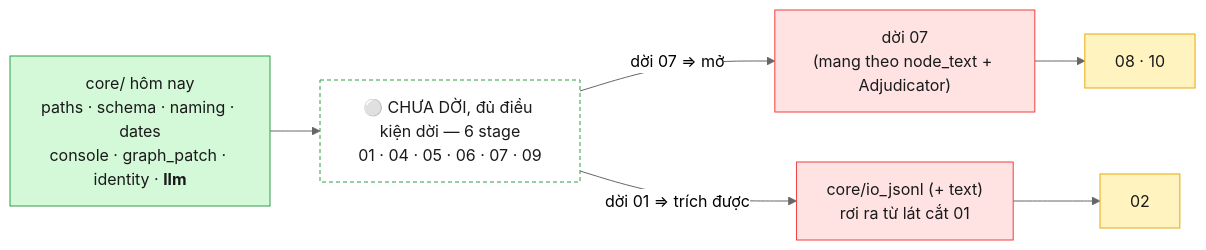
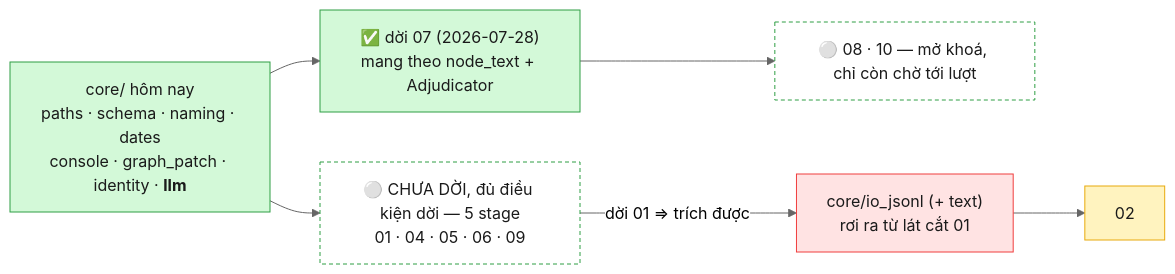
One commit to TranBaDat2607/capstone_test1 changed the second of 4 diagrams in src_module/PIPELINE.md. Above: the diagram before and after it, drawn with Mermaid (neutral theme). The commit also changed other lines of this file and 5 other files, not shown here.

````diff
--- a/src_module/PIPELINE.md
+++ b/src_module/PIPELINE.md
@@ -230,18 +240,18 @@
 ```mermaid
 flowchart LR
     classDef done fill:#d3f9d8,stroke:#2f9e44,color:#1a1a1a
     classDef ready fill:#ffffff,stroke:#2f9e44,stroke-dasharray:4 3,color:#1a1a1a
     classDef key  fill:#ffe3e3,stroke:#f03e3e,color:#1a1a1a
     classDef pend fill:#fff3bf,stroke:#e8a90c,color:#1a1a1a
 
     CORE["core/ hôm nay<br/>paths · schema · naming · dates<br/>console · graph_patch · identity · <b>llm</b>"]:::done
-    READY["⚪ CHƯA DỜI, đủ điều kiện dời — 6 stage<br/>01 · 04 · 05 · 06 · 07 · 09"]:::ready
-    S07M["dời 07<br/>(mang theo node_text + Adjudicator)"]:::key
+    S07D["✅ dời 07 (2026-07-28)<br/>mang theo node_text + Adjudicator"]:::done
+    READY["⚪ CHƯA DỜI, đủ điều kiện dời — 5 stage<br/>01 · 04 · 05 · 06 · 09"]:::ready
+    U1["⚪ 08 · 10 — mở khoá, chỉ còn chờ tới lượt"]:::ready
     IOJ["core/io_jsonl (+ text)<br/>rơi ra từ lát cắt 01"]:::key
-    U1["08 · 10"]:::pend
     U3["02"]:::pend
 
+    CORE --> S07D --> U1
     CORE --> READY
-    READY -->|"dời 07 ⇒ mở"| S07M --> U1
     READY -->|"dời 01 ⇒ trích được"| IOJ --> U3
 ```
````
